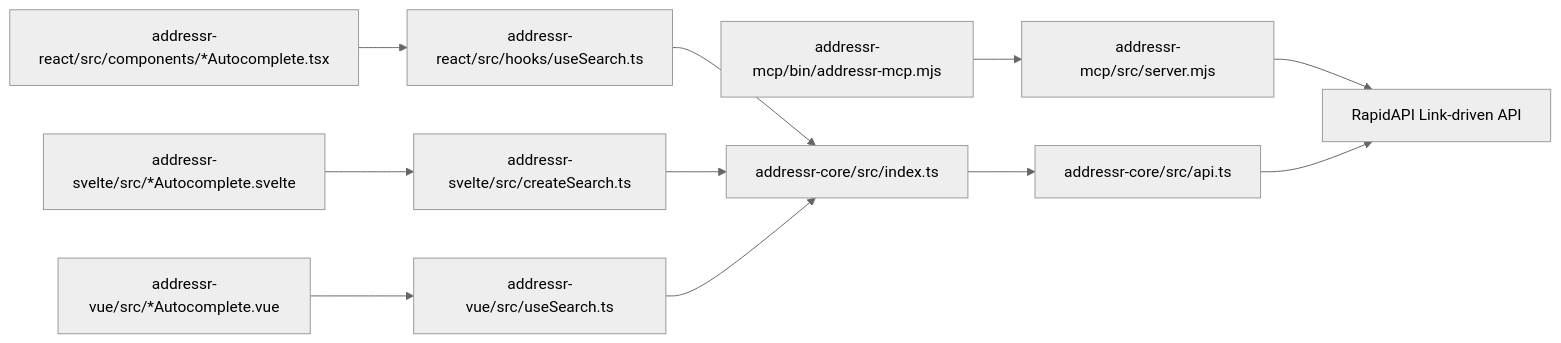
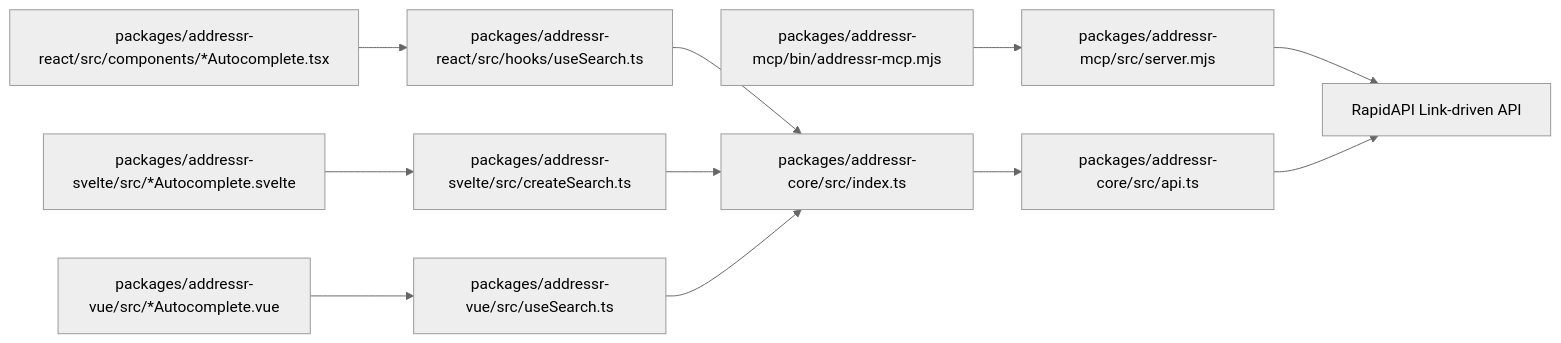
Before and after one commit to mountain-pass/addressr: the seventh of 7 diagrams in docs/architecture/C4_MODEL.md, drawn with Mermaid (neutral theme). The commit also changed other lines of this file and 50 other files, not shown here.

````diff
--- a/docs/architecture/C4_MODEL.md
+++ b/docs/architecture/C4_MODEL.md
@@ -210,15 +243,15 @@
 ```mermaid
 flowchart LR
-  mcpBin["addressr-mcp/bin/addressr-mcp.mjs"] --> mcpServer["addressr-mcp/src/server.mjs"]
+  mcpBin["packages/addressr-mcp/bin/addressr-mcp.mjs"] --> mcpServer["packages/addressr-mcp/src/server.mjs"]
   mcpServer --> rapidapi["RapidAPI Link-driven API"]
 
-  coreIndex["addressr-core/src/index.ts"] --> coreApi["addressr-core/src/api.ts"]
+  coreIndex["packages/addressr-core/src/index.ts"] --> coreApi["packages/addressr-core/src/api.ts"]
   coreApi --> rapidapi
 
-  reactHooks["addressr-react/src/hooks/useSearch.ts"] --> coreIndex
-  reactComponents["addressr-react/src/components/*Autocomplete.tsx"] --> reactHooks
-  svelteStores["addressr-svelte/src/createSearch.ts"] --> coreIndex
-  svelteComponents["addressr-svelte/src/*Autocomplete.svelte"] --> svelteStores
-  vueComposables["addressr-vue/src/useSearch.ts"] --> coreIndex
-  vueComponents["addressr-vue/src/*Autocomplete.vue"] --> vueComposables
+  reactHooks["packages/addressr-react/src/hooks/useSearch.ts"] --> coreIndex
+  reactComponents["packages/addressr-react/src/components/*Autocomplete.tsx"] --> reactHooks
+  svelteStores["packages/addressr-svelte/src/createSearch.ts"] --> coreIndex
+  svelteComponents["packages/addressr-svelte/src/*Autocomplete.svelte"] --> svelteStores
+  vueComposables["packages/addressr-vue/src/useSearch.ts"] --> coreIndex
+  vueComponents["packages/addressr-vue/src/*Autocomplete.vue"] --> vueComposables
 ```
````
